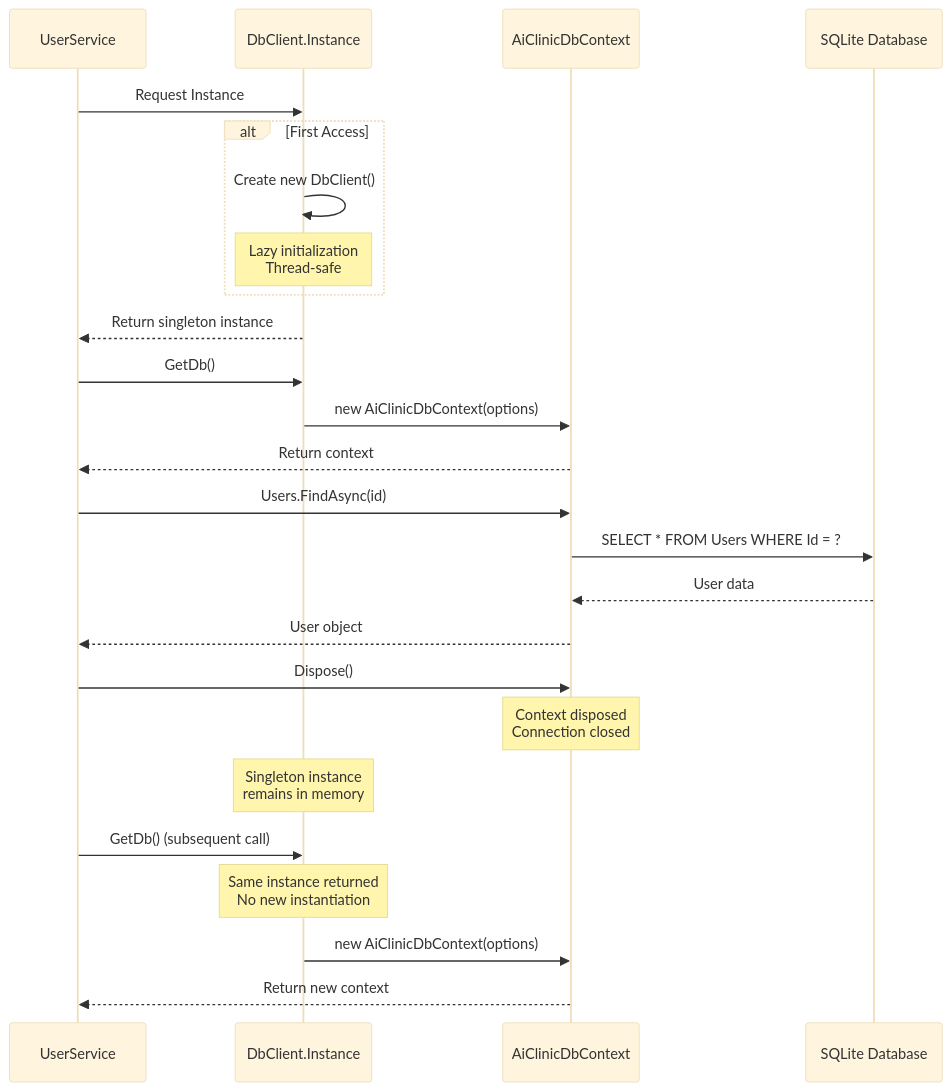
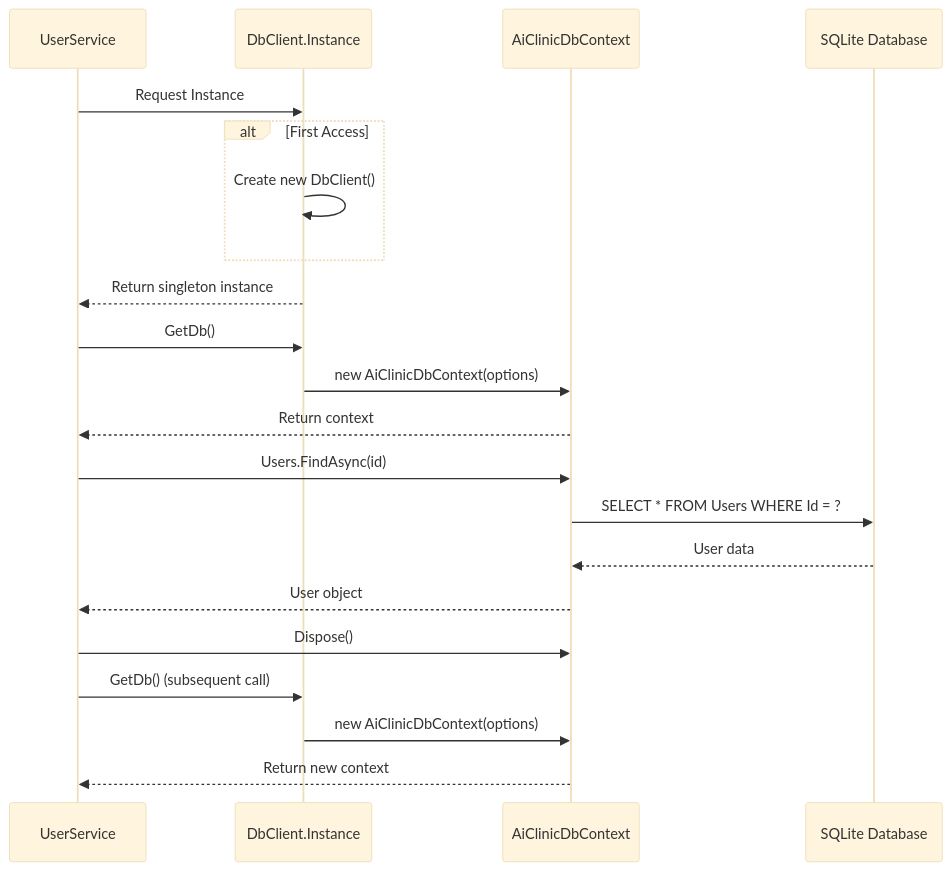
One commit to WeiXuan-C/ai-clinic changed the second of 12 diagrams in DESIGN_PATTERNS_PROFESSIONAL.md. Above: the diagram before and after it, drawn with Mermaid (base theme). The commit also changed other lines of this file, not shown here.

````diff
--- a/DESIGN_PATTERNS_PROFESSIONAL.md
+++ b/DESIGN_PATTERNS_PROFESSIONAL.md
@@ -60,35 +101,30 @@
 ```mermaid
 sequenceDiagram
     participant Service as UserService
     participant Singleton as DbClient.Instance
     participant Context as AiClinicDbContext
     participant DB as SQLite Database
     
     Service->>Singleton: Request Instance
     
     alt First Access
         Singleton->>Singleton: Create new DbClient()
-        Note over Singleton: Lazy initialization<br/>Thread-safe
     end
     
     Singleton-->>Service: Return singleton instance
     
     Service->>Singleton: GetDb()
     Singleton->>Context: new AiClinicDbContext(options)
     Context-->>Service: Return context
     
     Service->>Context: Users.FindAsync(id)
     Context->>DB: SELECT * FROM Users WHERE Id = ?
     DB-->>Context: User data
     Context-->>Service: User object
     
     Service->>Context: Dispose()
-    Note over Context: Context disposed<br/>Connection closed
-    
-    Note over Singleton: Singleton instance<br/>remains in memory
     
     Service->>Singleton: GetDb() (subsequent call)
-    Note over Singleton: Same instance returned<br/>No new instantiation
     Singleton->>Context: new AiClinicDbContext(options)
     Context-->>Service: Return new context
 ```
````
